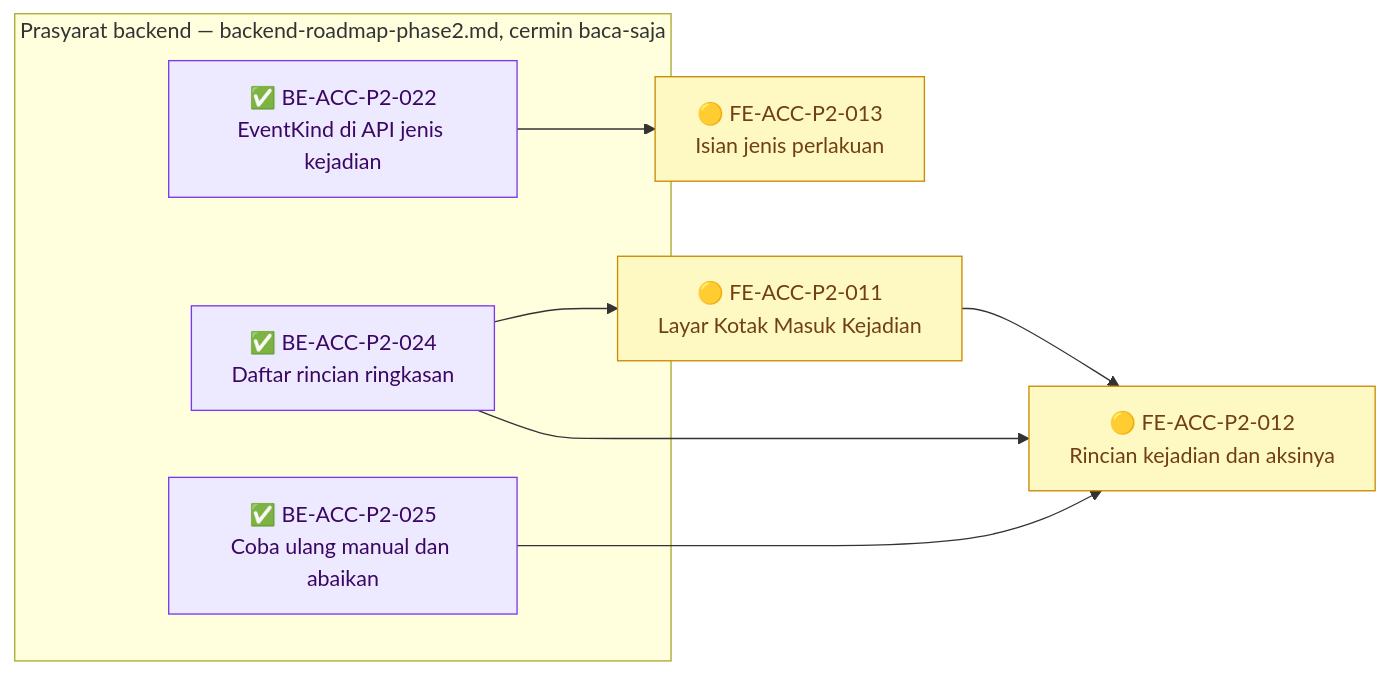
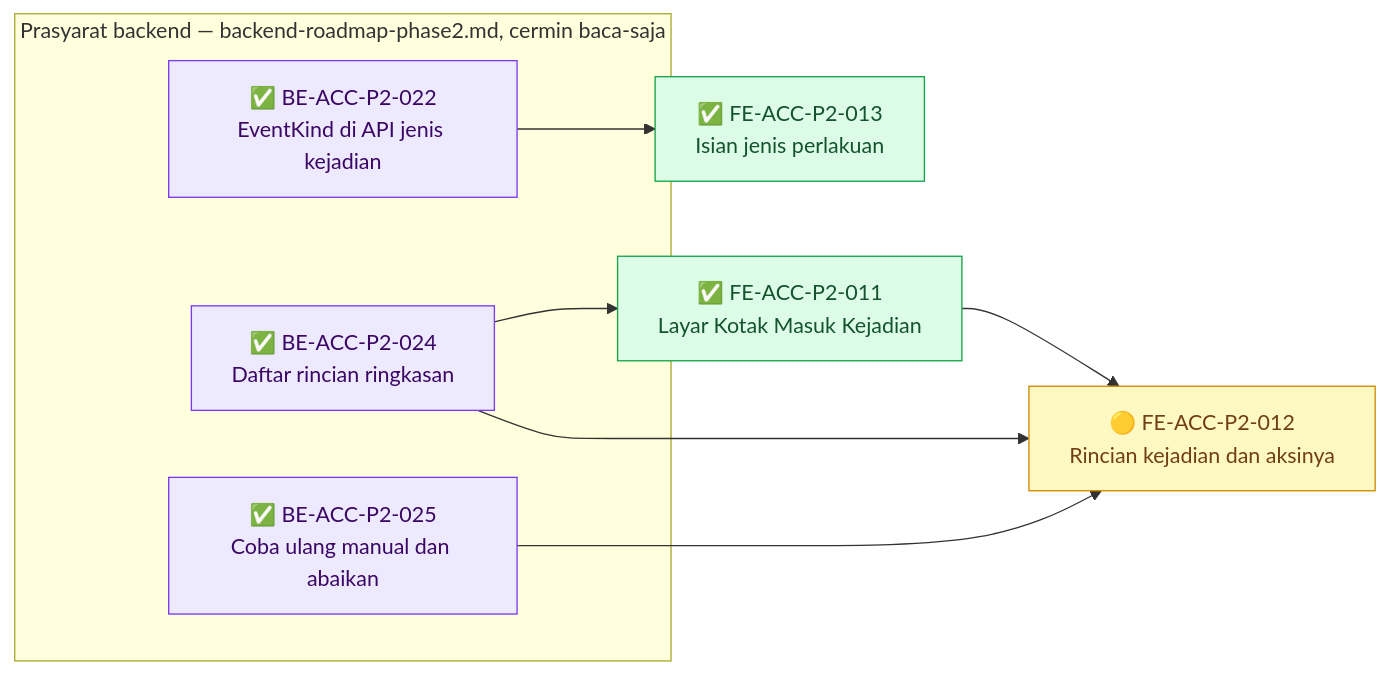
Before and after one commit to DevBenari/NewQuilvianSystemBackend: the fifth of 5 diagrams in docs/module-blueprints/accounting/roadmap/frontend-roadmap-phase2.md, drawn with Mermaid. The commit also changed other lines of this file and 15 other files, not shown here.

````diff
--- a/docs/module-blueprints/accounting/roadmap/frontend-roadmap-phase2.md
+++ b/docs/module-blueprints/accounting/roadmap/frontend-roadmap-phase2.md
@@ -451,24 +451,24 @@
 ```mermaid
 flowchart LR
     classDef selesai fill:#DCFCE7,stroke:#16A34A,color:#14532D
     classDef sebagian fill:#FEF9C3,stroke:#CA8A04,color:#713F12
     classDef terblokir fill:#FEE2E2,stroke:#DC2626,color:#7F1D1D
     classDef belum fill:#F1F5F9,stroke:#64748B,color:#0F172A
     classDef luar fill:#EDE9FE,stroke:#7C3AED,color:#3B0764
 
     subgraph backend["Prasyarat backend — backend-roadmap-phase2.md, cermin baca-saja"]
         BBEACCP2022["✅ BE-ACC-P2-022<br/>EventKind di API jenis kejadian"]:::luar
         BBEACCP2024["✅ BE-ACC-P2-024<br/>Daftar rincian ringkasan"]:::luar
         BBEACCP2025["✅ BE-ACC-P2-025<br/>Coba ulang manual dan abaikan"]:::luar
     end
 
-    FEACCP2011["🟡 FE-ACC-P2-011<br/>Layar Kotak Masuk Kejadian"]:::sebagian
+    FEACCP2011["✅ FE-ACC-P2-011<br/>Layar Kotak Masuk Kejadian"]:::selesai
     FEACCP2012["🟡 FE-ACC-P2-012<br/>Rincian kejadian dan aksinya"]:::sebagian
-    FEACCP2013["🟡 FE-ACC-P2-013<br/>Isian jenis perlakuan"]:::sebagian
+    FEACCP2013["✅ FE-ACC-P2-013<br/>Isian jenis perlakuan"]:::selesai
 
     BBEACCP2024 --> FEACCP2011
     BBEACCP2024 --> FEACCP2012
     BBEACCP2025 --> FEACCP2012
     FEACCP2011 --> FEACCP2012
     BBEACCP2022 --> FEACCP2013
 ```
````
